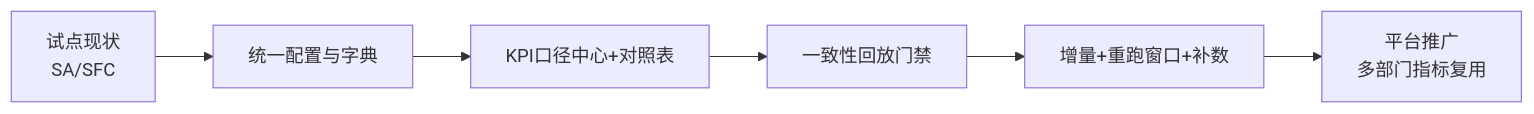
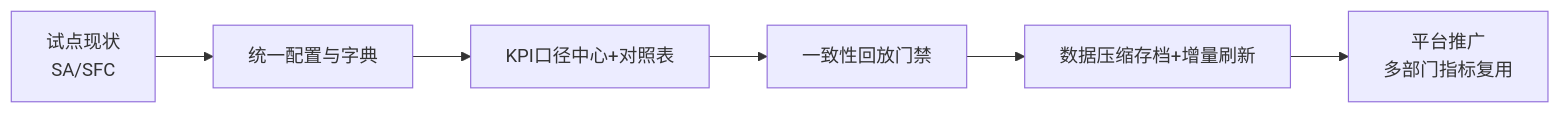
One commit to khuang1987/CZ_Digital_Central changed the third of 3 diagrams in 92-说明文档/docs/project/03_Analyze_分析阶段/index.md. Above: the diagram before and after it, drawn with Mermaid. The commit also changed other lines of this file and 94 other files, not shown here.

````diff
--- a/92-说明文档/docs/project/03_Analyze_分析阶段/index.md
+++ b/92-说明文档/docs/project/03_Analyze_分析阶段/index.md
@@ -66,8 +65,8 @@
 ```mermaid
 flowchart LR
-  P0[试点现状\nSA/SFC] --> P1[统一配置与字典]
+  P0["试点现状<br/>SA/SFC"] --> P1[统一配置与字典]
   P1 --> P2[KPI口径中心+对照表]
   P2 --> P3[一致性回放门禁]
-  P3 --> P4[增量+重跑窗口+补数]
-  P4 --> P5[平台推广\n多部门指标复用]
+  P3 --> P4[数据压缩存档+增量刷新]
+  P4 --> P5["平台推广<br/>多部门指标复用"]
 ```
````
